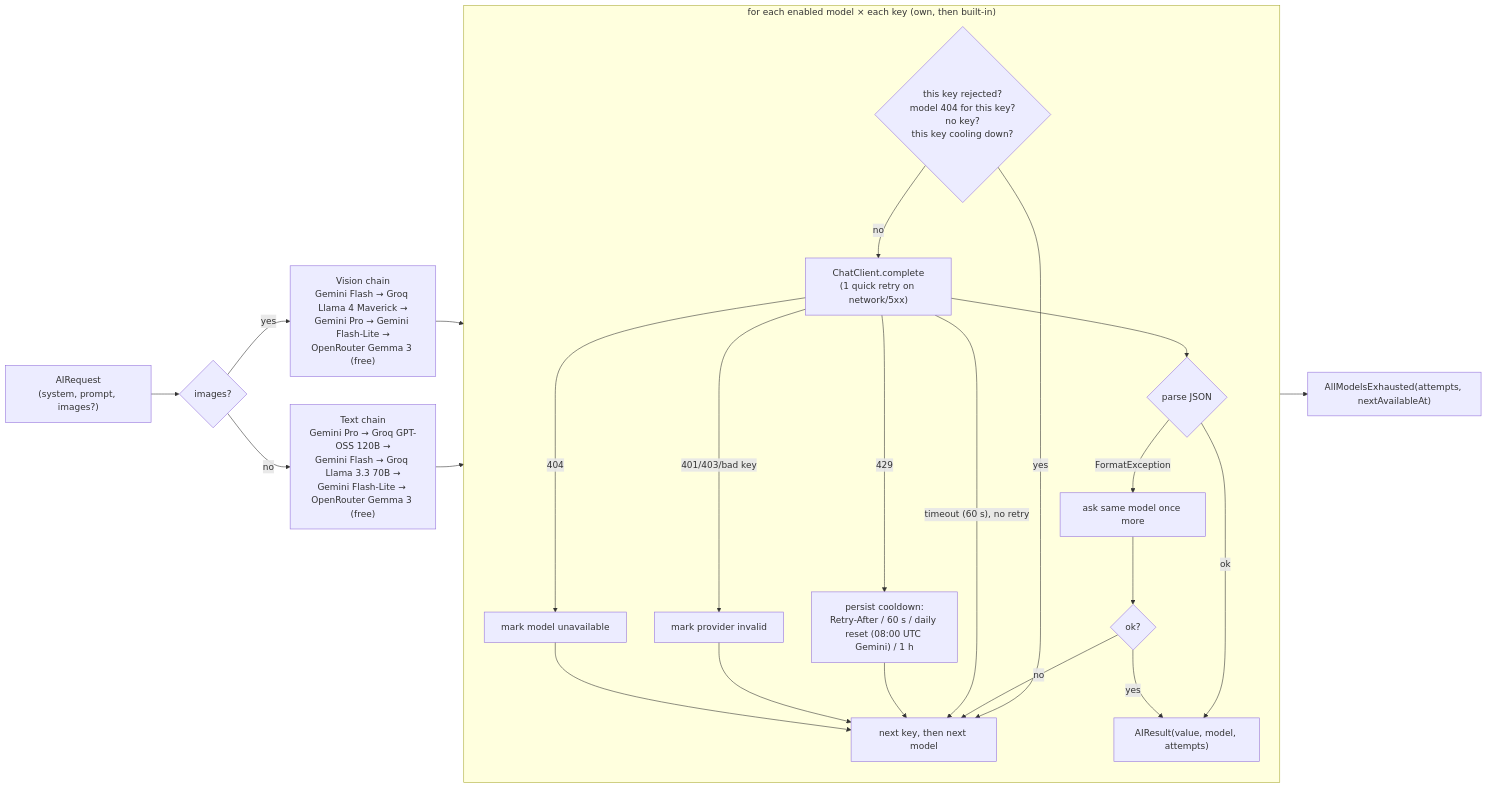
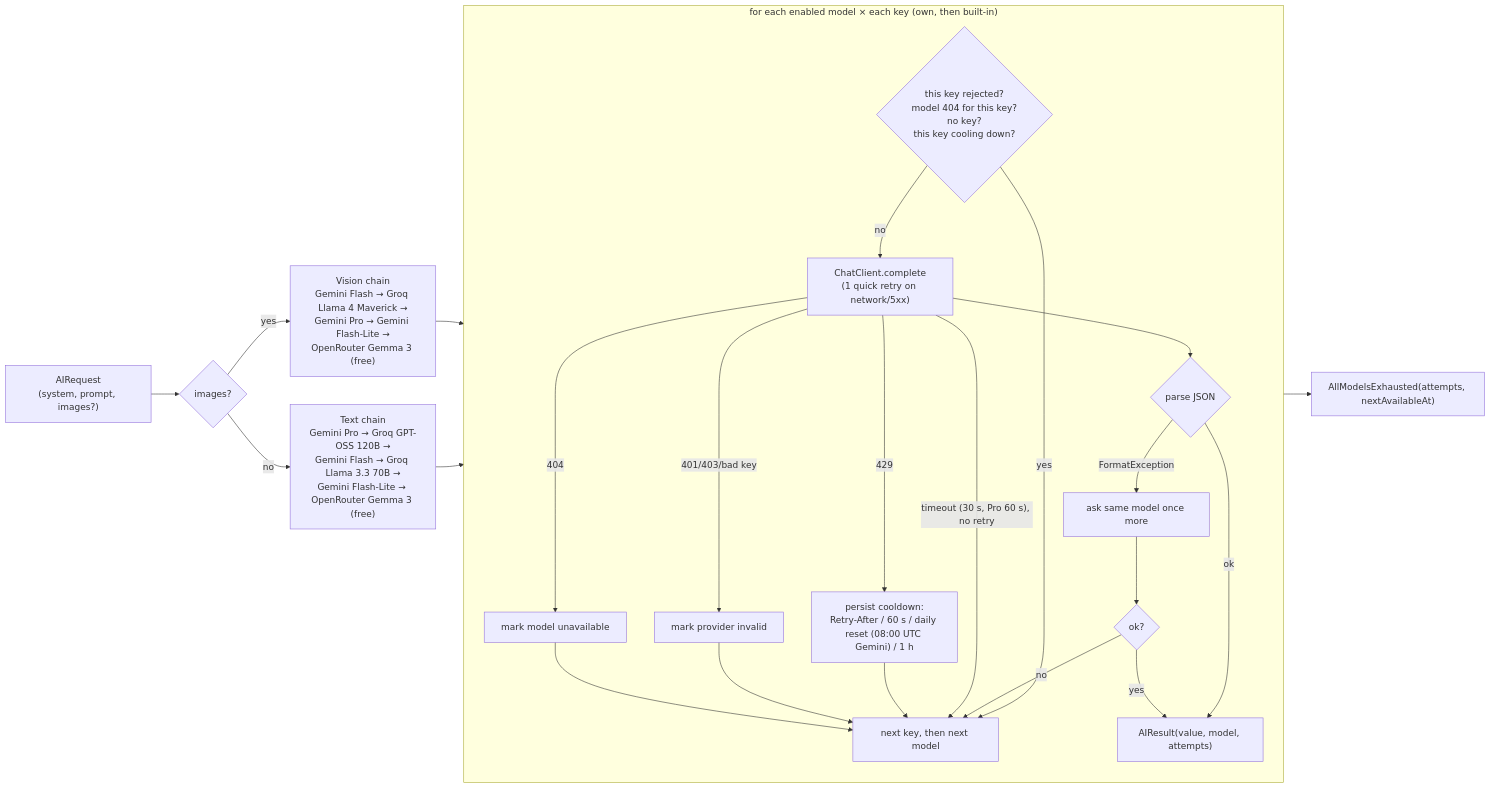
The second of 2 diagrams in docs/architecture.md (anjahubac/tavli), drawn with Mermaid before and after one commit. The commit also changed 6 other files, not shown here.

First line of the commit message:
fix(ai): per-model response timeout (30 s fast models, 60 s Gemini Pro)

````diff
--- a/docs/architecture.md
+++ b/docs/architecture.md
@@ -57,23 +57,23 @@
 ```mermaid
 flowchart LR
   REQ["AIRequest<br/>(system, prompt, images?)"] --> KIND{images?}
   KIND -- yes --> VC["Vision chain<br/>Gemini Flash → Groq Llama 4 Maverick →<br/>Gemini Pro → Gemini Flash-Lite →<br/>OpenRouter Gemma 3 (free)"]
   KIND -- no --> TC["Text chain<br/>Gemini Pro → Groq GPT-OSS 120B →<br/>Gemini Flash → Groq Llama 3.3 70B →<br/>Gemini Flash-Lite → OpenRouter Gemma 3 (free)"]
   VC --> LOOP
   TC --> LOOP
   subgraph LOOP["for each enabled model × each key (own, then built-in)"]
     direction TB
     SKIP{"this key rejected?<br/>model 404 for this key?<br/>no key?<br/>this key cooling down?"} -- yes --> NEXT[next key, then next model]
     SKIP -- no --> CALL["ChatClient.complete<br/>(1 quick retry on network/5xx)"]
     CALL --> PARSE{"parse JSON"}
     PARSE -- ok --> DONE["AIResult(value, model, attempts)"]
     PARSE -- FormatException --> RETRY["ask same model once more"] --> PARSE2{ok?}
     PARSE2 -- no --> NEXT
     PARSE2 -- yes --> DONE
-    CALL -- "timeout (60 s), no retry" --> NEXT
+    CALL -- "timeout (30 s, Pro 60 s), no retry" --> NEXT
     CALL -- "429" --> COOL["persist cooldown:<br/>Retry-After / 60 s / daily reset (08:00 UTC Gemini) / 1 h"] --> NEXT
     CALL -- "401/403/bad key" --> INV["mark provider invalid"] --> NEXT
     CALL -- "404" --> MISS["mark model unavailable"] --> NEXT
   end
   NEXT --> END["AllModelsExhausted(attempts, nextAvailableAt)"]
 ```
````
